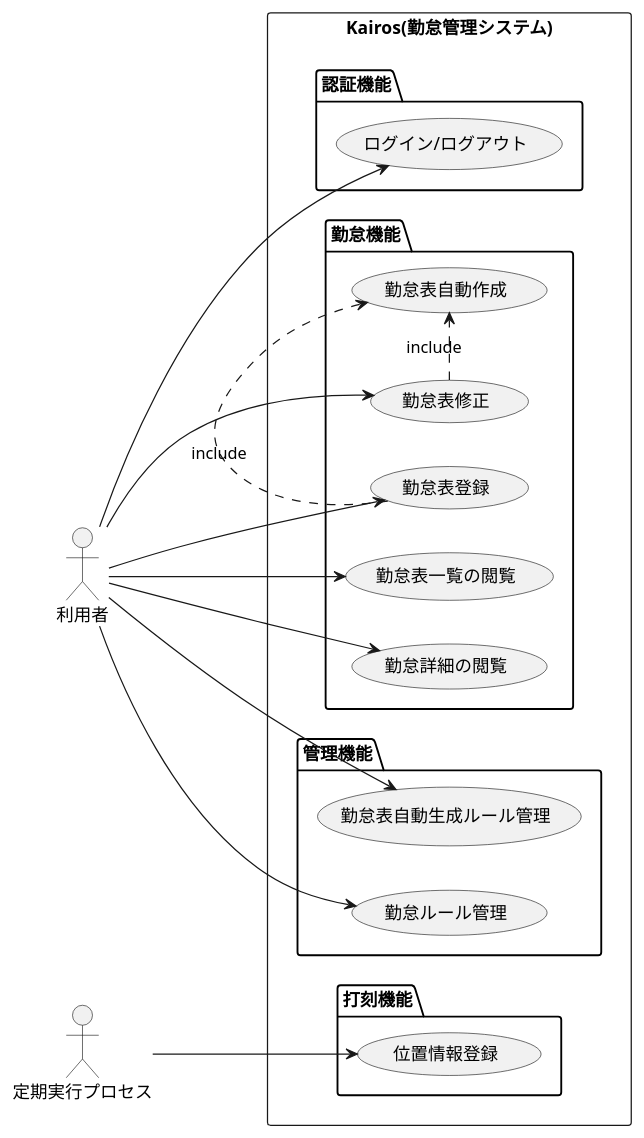
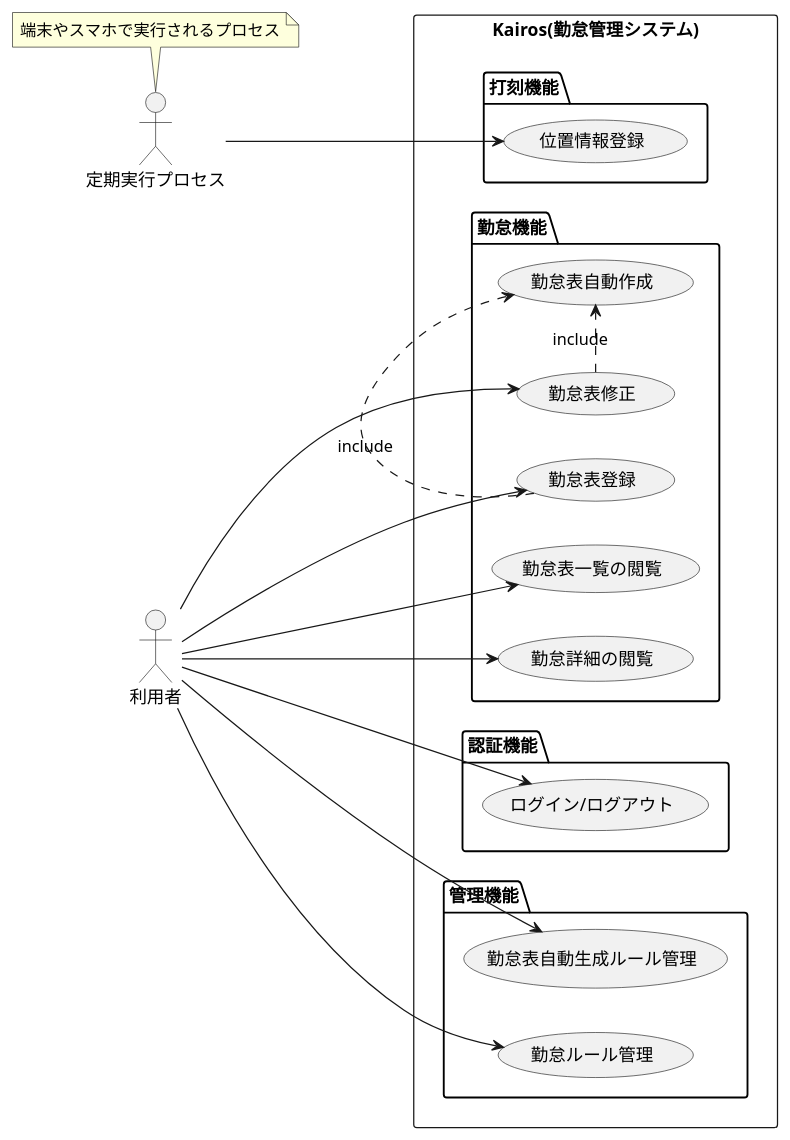
One commit to okanikani223/kairos changed the diagram in docs/usecase-diagrams/usecase.puml. Above: the diagram before and after it, drawn with PlantUML.

Commit message:
docs: 定期実行プロセスの説明を追記

```diff
--- a/docs/usecase-diagrams/usecase.puml
+++ b/docs/usecase-diagrams/usecase.puml
@@ -1,38 +1,39 @@
 @startuml Kairosユースケース
 left to right direction
 
 actor "利用者" as User
-actor "定期実行プロセス" as AutoProcess 
+actor "定期実行プロセス" as AutoProcess
+note top of AutoProcess : 端末やスマホで実行されるプロセス
 
 rectangle "Kairos(勤怠管理システム)" {
     package "認証機能" {
         (ログイン/ログアウト) as LoginLogout
     }
     package "勤怠機能" {
           (勤怠表一覧の閲覧) as ViewReport
           (勤怠詳細の閲覧) as ViewReportDetail
           (勤怠表修正) as EditReport
           (勤怠表登録) as RegisterReport
           (勤怠表自動作成) as AutoCreateReport
     }
     package "打刻機能" {
         (位置情報登録) as RegisterLocations
     }
     package "管理機能" {
         (勤怠ルール管理) as ManageWorlRules
         (勤怠表自動生成ルール管理) as ManageReportCreationRules
     }
 }
 
 User --> LoginLogout
 User --> ViewReport
 User --> ViewReportDetail
 User --> EditReport
 User --> RegisterReport
 User --> ManageWorlRules
 EditReport .> AutoCreateReport : include
 RegisterReport .> AutoCreateReport : include
 User --> ManageReportCreationRules
 AutoProcess --> RegisterLocations
 
 @enduml
```
